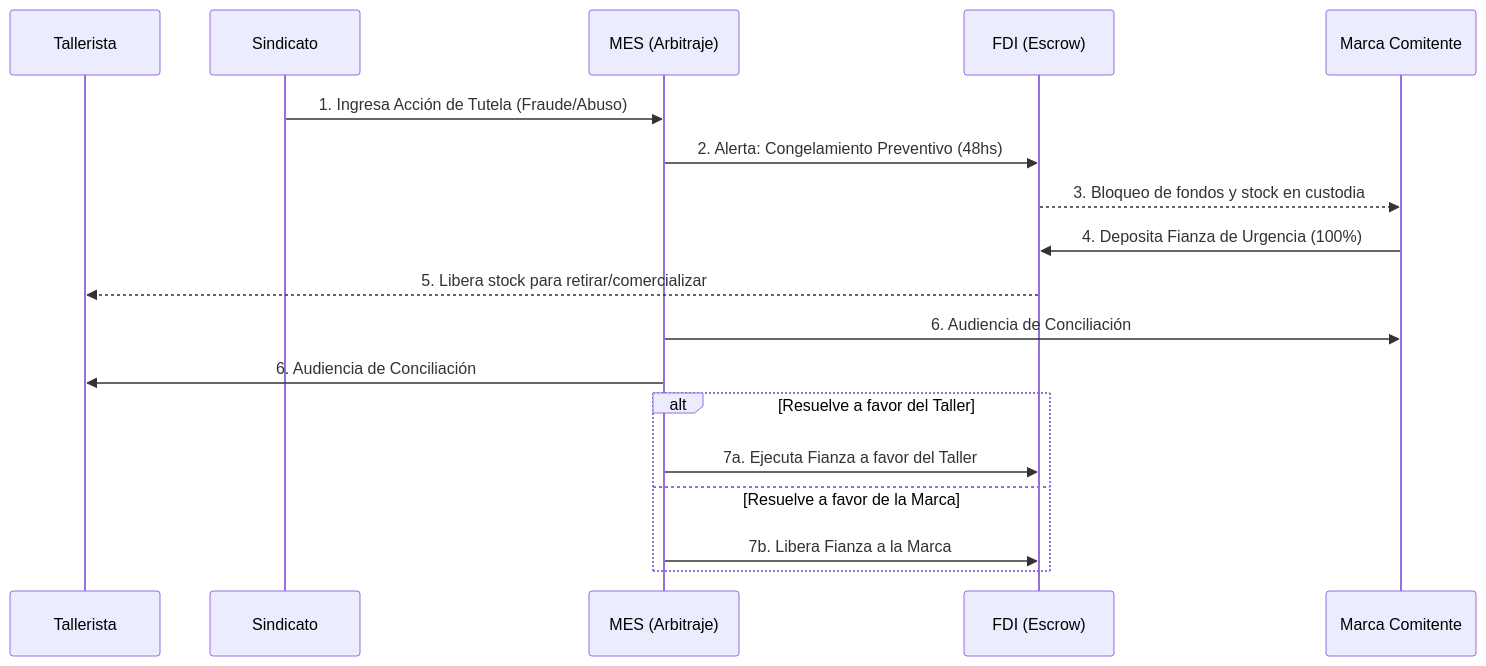
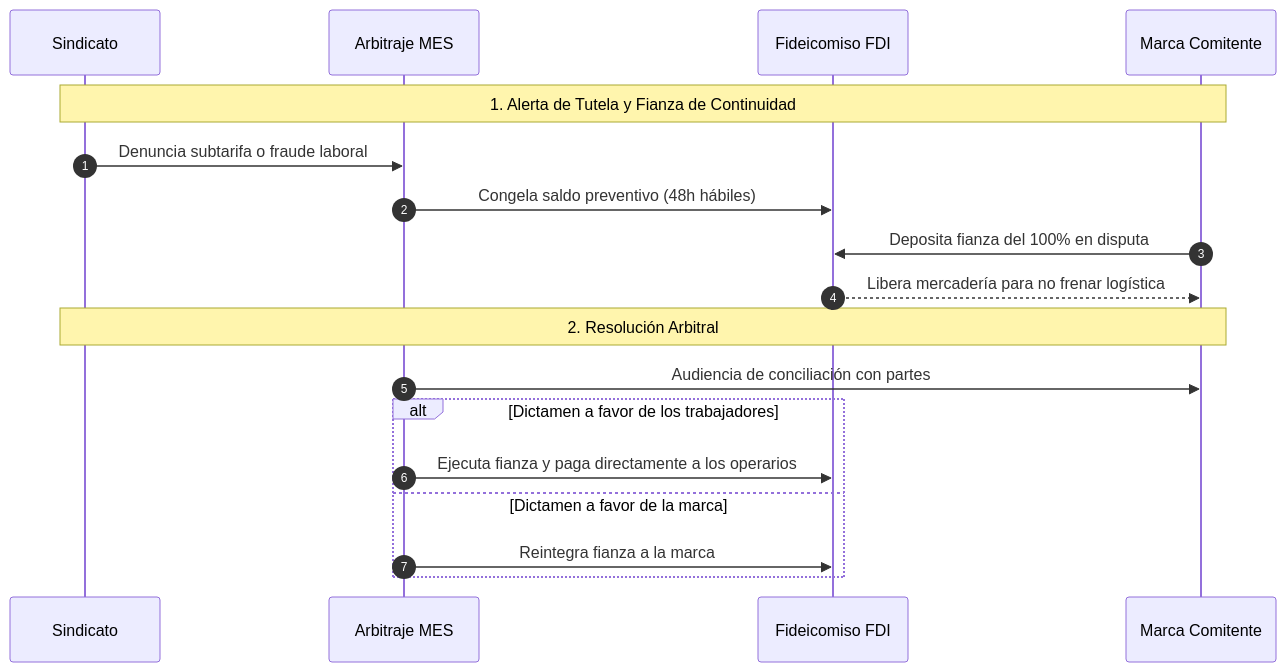
The second of 3 diagrams in docs/md/dossier_fimca_addenda2.md (sarthouse/indinopy), drawn with Mermaid before and after one commit. The commit also changed other lines of this file and 11 other files, not shown here.

````diff
--- a/docs/md/dossier_fimca_addenda2.md
+++ b/docs/md/dossier_fimca_addenda2.md
@@ -191,21 +179,22 @@
 ```mermaid
 sequenceDiagram
-    participant T as Tallerista
+    autonumber
     participant S as Sindicato
-    participant M as MES (Arbitraje)
-    participant E as FDI (Escrow)
+    participant M as Arbitraje MES
+    participant E as Fideicomiso FDI
     participant C as Marca Comitente
 
-    S->>M: 1. Ingresa Acción de Tutela (Fraude/Abuso)
-    M->>E: 2. Alerta: Congelamiento Preventivo (48hs)
-    E-->>C: 3. Bloqueo de fondos y stock en custodia
-    C->>E: 4. Deposita Fianza de Urgencia (100%)
-    E-->>T: 5. Libera stock para retirar/comercializar
-    M->>C: 6. Audiencia de Conciliación
-    M->>T: 6. Audiencia de Conciliación
-    alt Resuelve a favor del Taller
-        M->>E: 7a. Ejecuta Fianza a favor del Taller
-    else Resuelve a favor de la Marca
-        M->>E: 7b. Libera Fianza a la Marca
+    Note over S,C: 1. Alerta de Tutela y Fianza de Continuidad
+    S->>M: Denuncia subtarifa o fraude laboral
+    M->>E: Congela saldo preventivo (48h hábiles)
+    C->>E: Deposita fianza del 100% en disputa
+    E-->>C: Libera mercadería para no frenar logística
+
+    Note over S,C: 2. Resolución Arbitral
+    M->>C: Audiencia de conciliación con partes
+    alt Dictamen a favor de los trabajadores
+        M->>E: Ejecuta fianza y paga directamente a los operarios
+    else Dictamen a favor de la marca
+        M->>E: Reintegra fianza a la marca
     end
 ```
````
